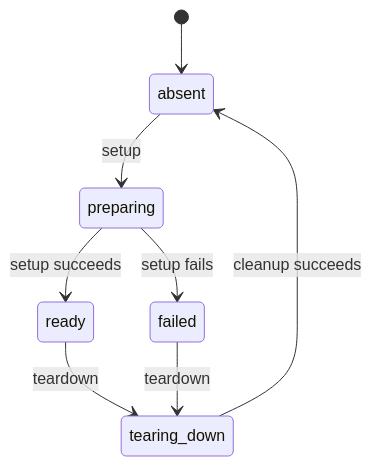
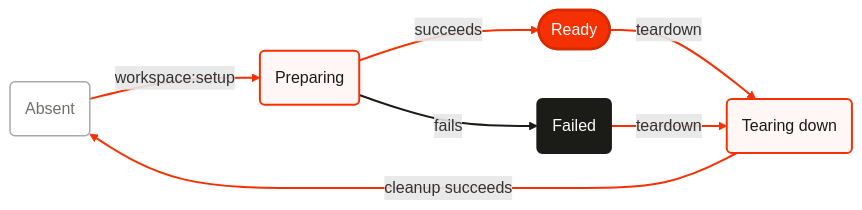
The second of 2 diagrams in docs/architecture.template.md (pickeringtech/harbour), drawn with Mermaid before and after one commit. The commit also changed other lines of this file and 5 other files, not shown here.

Commit message:
docs: theme diagrams for Laravel

````diff
--- a/docs/architecture.template.md
+++ b/docs/architecture.template.md
@@ -52,13 +66,25 @@
 ```mermaid
-stateDiagram-v2
+flowchart LR
     accTitle: Harbour workspace lifecycle
     accDescr: An absent workspace enters preparing and then ready. Preparing can fail. Ready or failed workspaces enter tearing down, which returns them to absent.
 
-    [*] --> absent
-    absent --> preparing: setup
-    preparing --> ready: setup succeeds
-    preparing --> failed: setup fails
-    ready --> tearing_down: teardown
-    failed --> tearing_down: teardown
-    tearing_down --> absent: cleanup succeeds
+    absent("Absent") -->|workspace:setup| preparing("Preparing")
+    preparing -->|succeeds| ready([Ready])
+    preparing -->|fails| failed("Failed")
+    ready -->|teardown| tearingDown("Tearing down")
+    failed -->|teardown| tearingDown
+    tearingDown -->|cleanup succeeds| absent
+
+    classDef neutral fill:#ffffff,stroke:#a8a8a4,color:#706f6c,stroke-width:1.5px
+    classDef active fill:#fff7f5,stroke:#f53003,color:#1b1b18,stroke-width:2px
+    classDef ready fill:#f53003,stroke:#d62a00,color:#ffffff,stroke-width:2.5px
+    classDef failure fill:#1b1b18,stroke:#1b1b18,color:#ffffff,stroke-width:2px
+
+    class absent neutral
+    class preparing,tearingDown active
+    class ready ready
+    class failed failure
+
+    linkStyle 0,1,3,4,5 stroke:#f53003,stroke-width:2px
+    linkStyle 2 stroke:#1b1b18,stroke-width:2px
 ```
````
